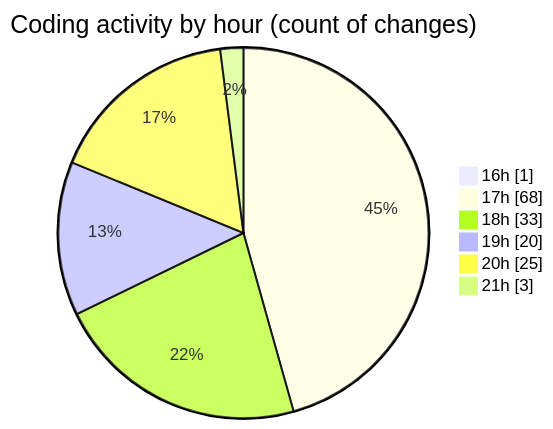
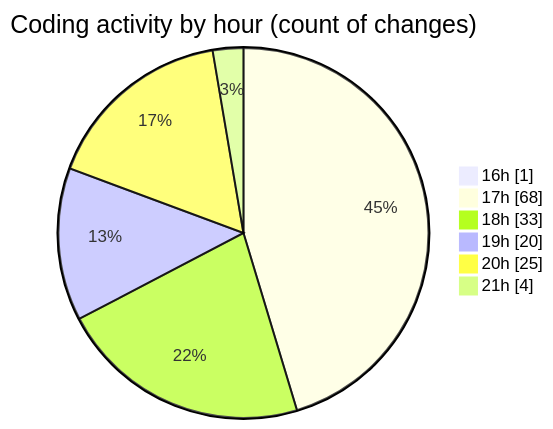
One commit to idhammustaqopulfikri/code-tracking changed the second of 2 diagrams in 2025-05-27/studio-backend/README.md. Above: the diagram before and after it, drawn with Mermaid. The commit also changed other lines of this file and 1 other file, not shown here.

````diff
--- a/2025-05-27/studio-backend/README.md
+++ b/2025-05-27/studio-backend/README.md
@@ -64,10 +64,10 @@
 ```mermaid
 pie showData
 title Coding activity by hour (count of changes)
 "16h" : 1
 "17h" : 68
 "18h" : 33
 "19h" : 20
 "20h" : 25
-"21h" : 3
+"21h" : 4
 ```
````
